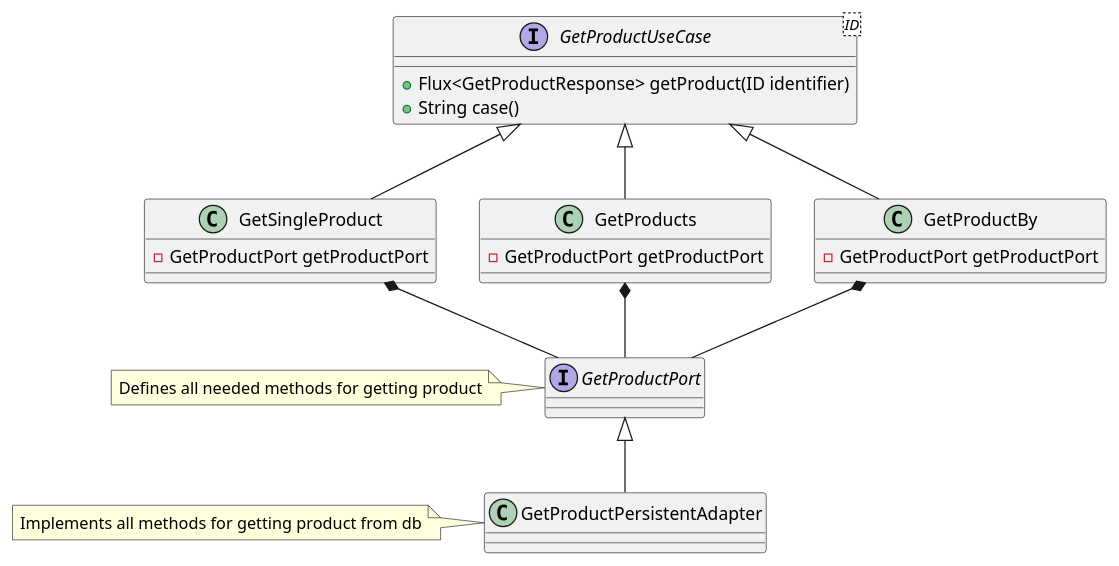
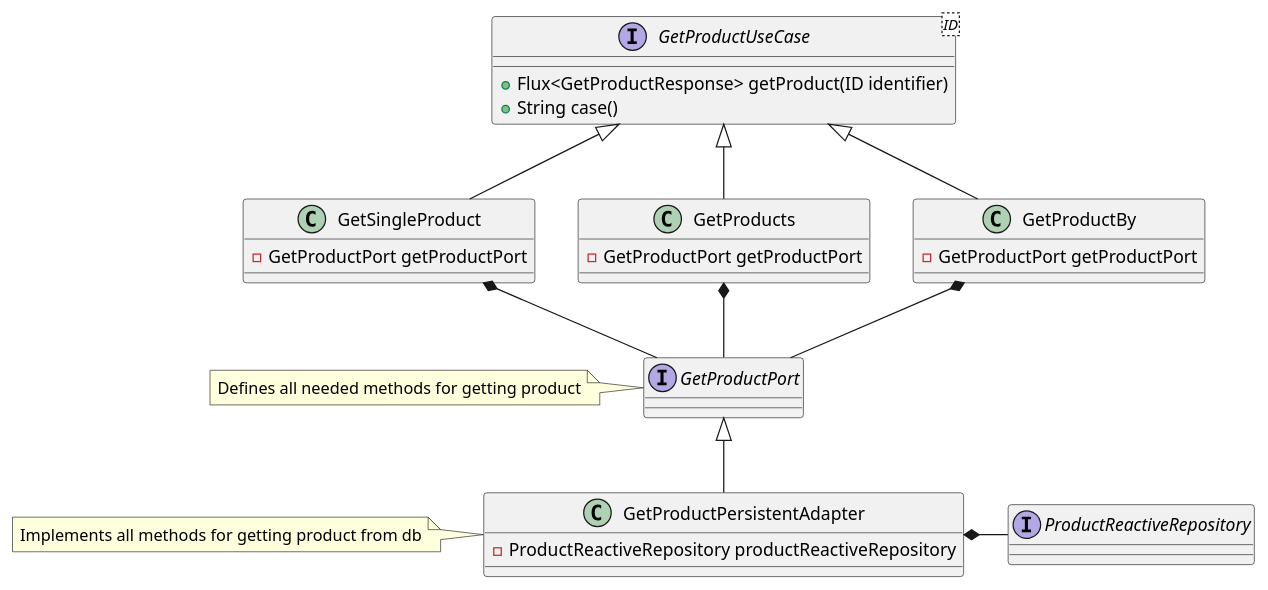
The diagram in 1-documentation/class-diagram/get-product-usecase.puml (sokimaaa/6CORE), drawn with PlantUML before and after one commit.

Commit message:
[6CORE-000] add get product class diagram

```diff
--- a/1-documentation/class-diagram/get-product-usecase.puml
+++ b/1-documentation/class-diagram/get-product-usecase.puml
@@ -1,41 +1,47 @@
 @startuml
 'https://plantuml.com/class-diagram
 
 interface GetProductUseCase
 class GetSingleProduct
 class GetProducts
 class GetProductBy
 
 GetProductUseCase <|-- GetSingleProduct
 GetProductUseCase <|-- GetProducts
 GetProductUseCase <|-- GetProductBy
 
 interface GetProductPort
 note left: Defines all needed methods for getting product
 class GetProductPersistentAdapter
 note left: Implements all methods for getting product from db
+interface ProductReactiveRepository
 
 GetProductPort <|-- GetProductPersistentAdapter
+GetProductPersistentAdapter *- ProductReactiveRepository
 
 GetSingleProduct *-- GetProductPort
 GetProducts *-- GetProductPort
 GetProductBy *-- GetProductPort
 
 interface GetProductUseCase<ID> {
     + Flux<GetProductResponse> getProduct(ID identifier)
     + String case()
 }
 
 class GetSingleProduct {
     - GetProductPort getProductPort
 }
 
 class GetProducts {
     - GetProductPort getProductPort
 }
 
 class GetProductBy {
     - GetProductPort getProductPort
 }
 
+class GetProductPersistentAdapter {
+    - ProductReactiveRepository productReactiveRepository
+}
+
 @enduml
```
